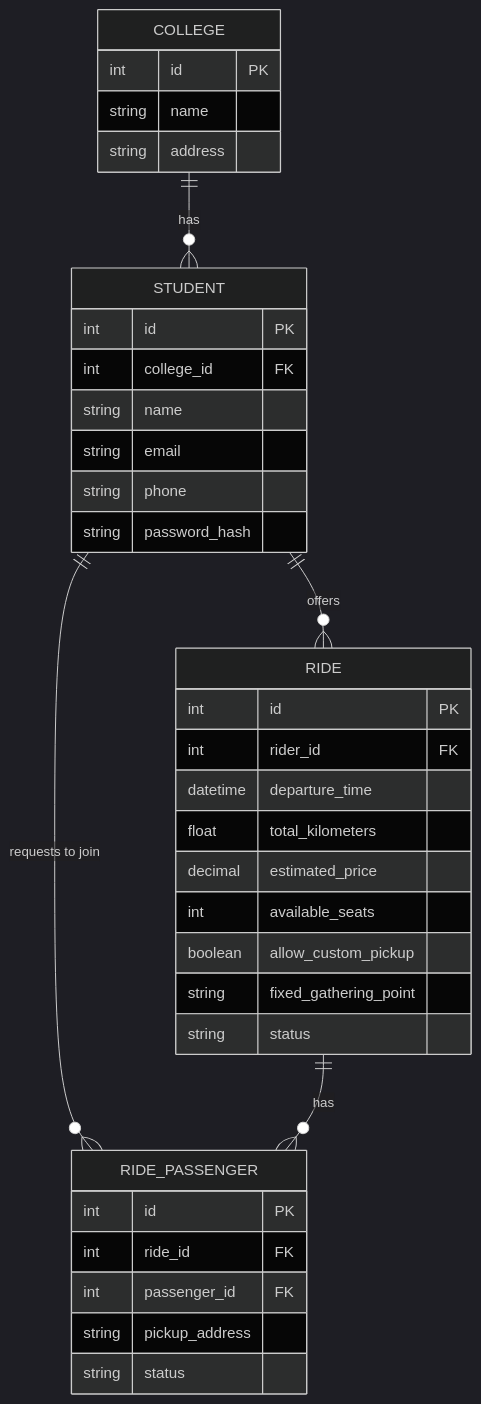
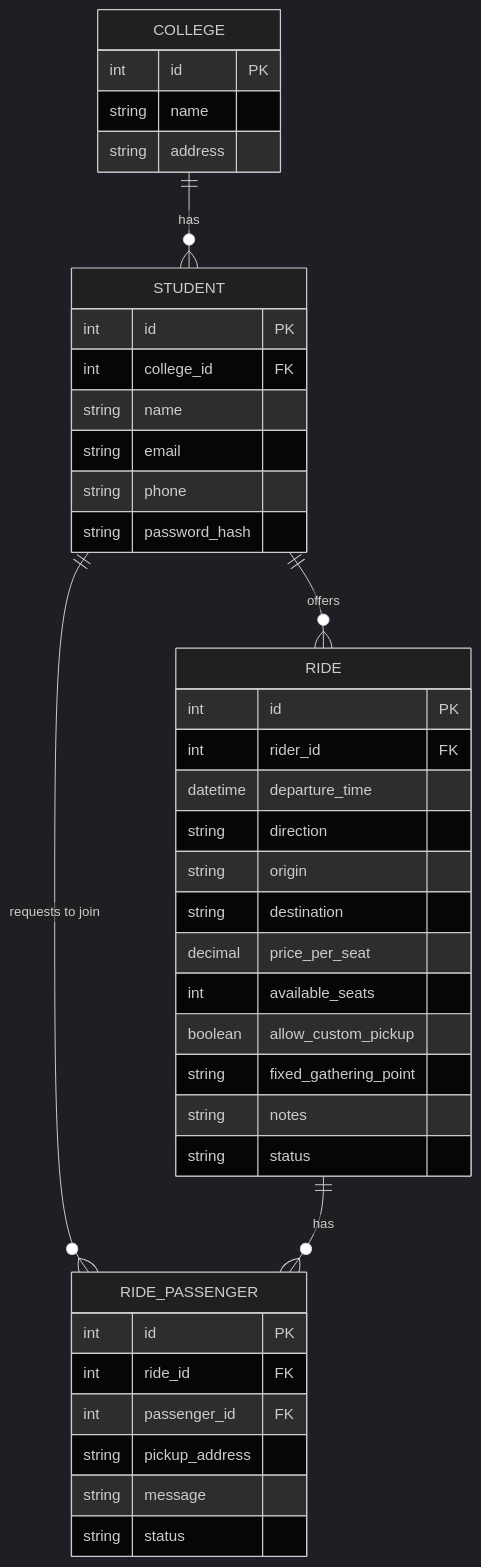
The diagram in docs/ARCHITECTURE.md (ravivendraminidealmeida/blablaif), drawn with Mermaid (dark theme) before and after one commit. The commit also changed other lines of this file and 24 other files, not shown here.

````diff
--- a/docs/ARCHITECTURE.md
+++ b/docs/ARCHITECTURE.md
@@ -54,42 +58,46 @@
 ```mermaid
 erDiagram
     COLLEGE ||--o{ STUDENT : "has"
     STUDENT ||--o{ RIDE : "offers"
     STUDENT ||--o{ RIDE_PASSENGER : "requests to join"
     RIDE ||--o{ RIDE_PASSENGER : "has"
 
     COLLEGE {
         int id PK
         string name
         string address
     }
 
     STUDENT {
         int id PK
         int college_id FK
         string name
         string email
         string phone
         string password_hash
     }
 
     RIDE {
         int id PK
         int rider_id FK
         datetime departure_time
-        float total_kilometers
-        decimal estimated_price
+        string direction
+        string origin
+        string destination
+        decimal price_per_seat
         int available_seats
         boolean allow_custom_pickup
         string fixed_gathering_point
+        string notes
         string status
     }
 
     RIDE_PASSENGER {
         int id PK
         int ride_id FK
         int passenger_id FK
         string pickup_address
+        string message
         string status
     }
 ```
````
